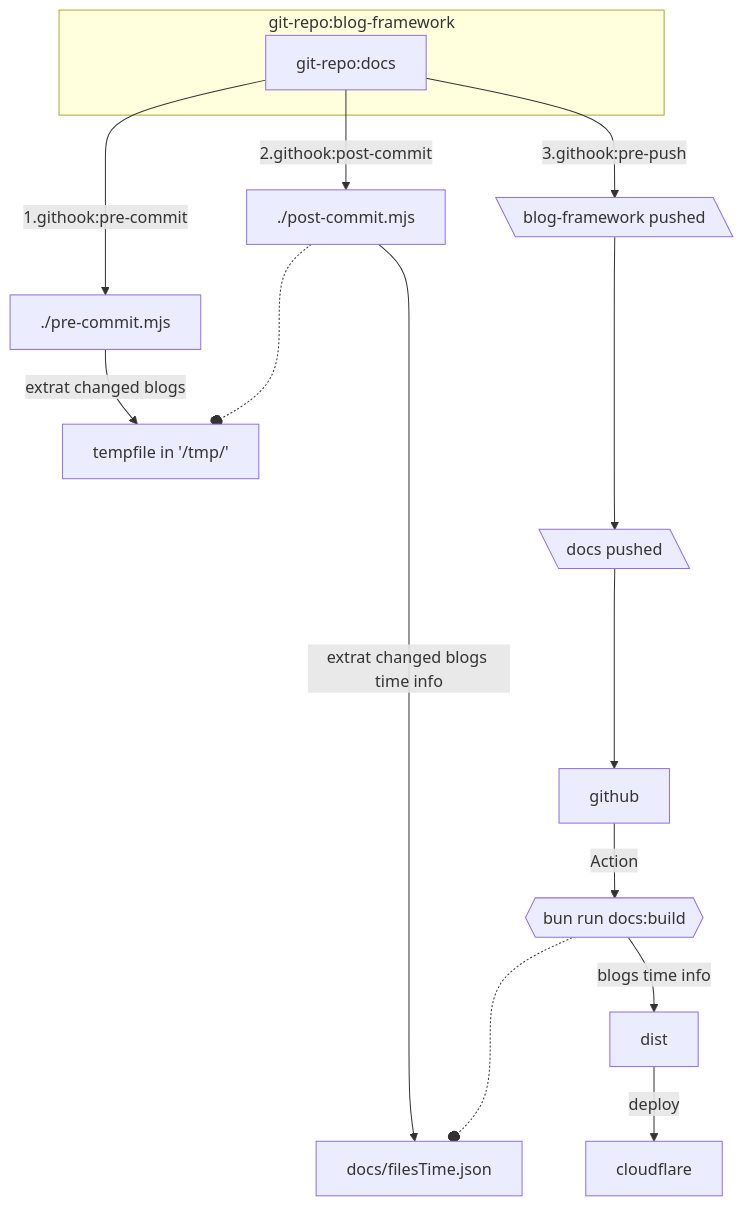
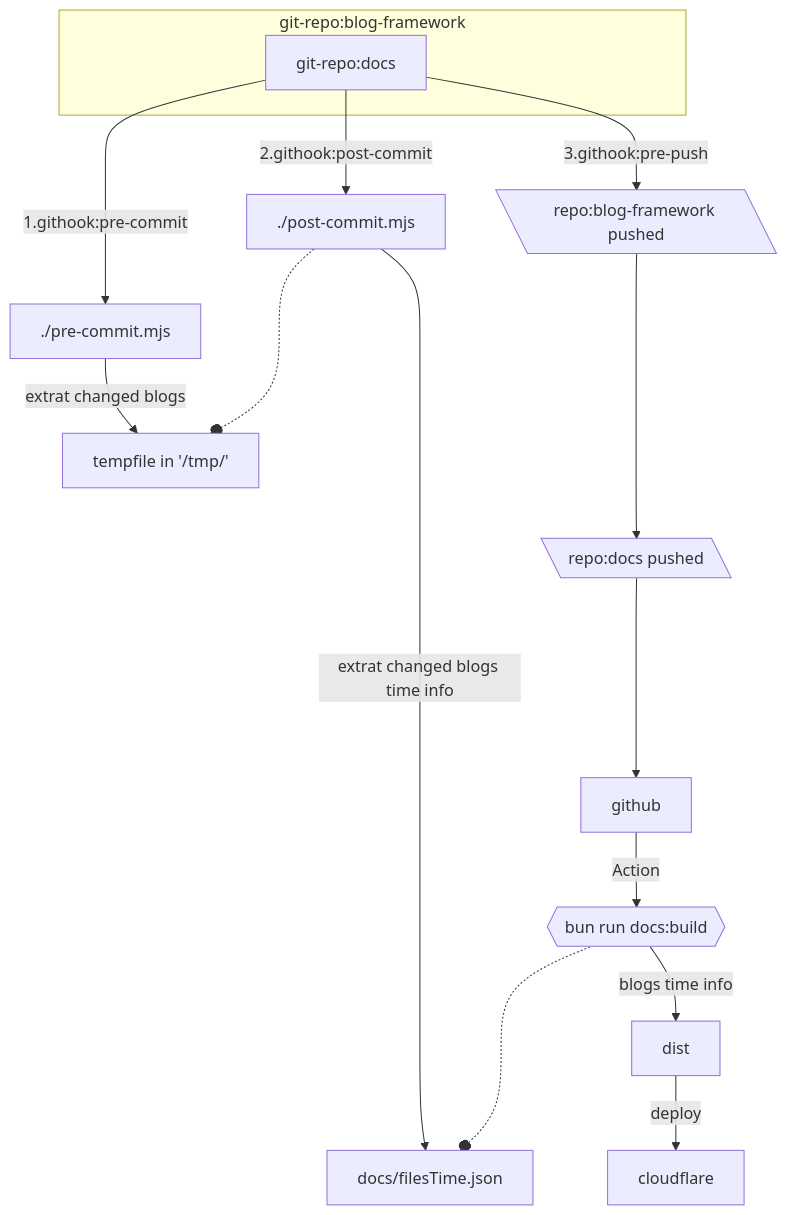
Before and after one commit to zerlei/me: the diagram in readme.md, drawn with Mermaid. The commit also changed other lines of this file, not shown here.

````diff
--- a/readme.md
+++ b/readme.md
@@ -268,31 +276,31 @@
 ```mermaid
 graph
 
 subgraph blog-framework[git-repo:blog-framework]
     docs[git-repo:docs]
 end
 
 docs --1.githook:pre-commit--> pre-commit[./pre-commit.mjs]
 
 %% blog-framework -.include.-o pre-commit
 
 pre-commit --extrat changed blogs --> tempfile[tempfile in '/tmp/']
 
 docs --2.githook:post-commit--> post-commit[./post-commit.mjs]
 
 post-commit -..-o tempfile
 
 post-commit --extrat changed blogs time info --> filesTime[docs/filesTime.json]
 
-docs --3.githook:pre-push--> stop1@{ shape: lean-l, label: "blog-framework pushed" }
-stop1 ----> stop2@{shape: lean-l,label: "docs pushed"}
+docs --3.githook:pre-push--> stop1@{ shape: lean-l, label: "repo:blog-framework pushed" }
+stop1 ----> stop2@{shape: lean-l,label: "repo:docs pushed"}
 stop2 ----> github
 
 github --Action-->build{{bun run docs:build}}
 
 build-..-o filesTime
 build --blogs time info -->dist
 
 dist --deploy-->cloudflare
 
 ```
````
